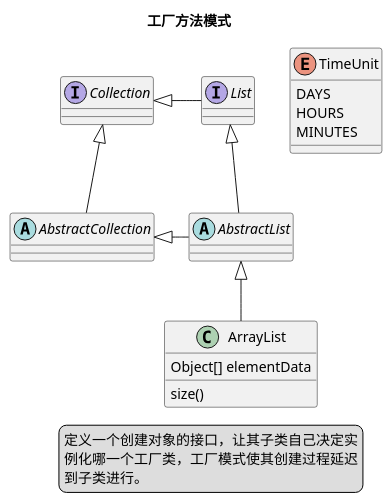
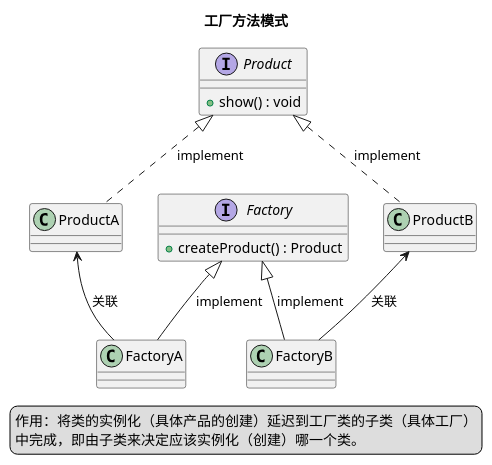
The diagram in study/designpattern/factory_method_model .puml (baojing111/acl), drawn with PlantUML before and after one commit.

Commit message:
工厂方法模式

```diff
--- a/study/designpattern/factory_method_model .puml
+++ b/study/designpattern/factory_method_model .puml
@@ -1,33 +1,32 @@
 @startuml
 title 工厂方法模式
 
 legend right
-定义一个创建对象的接口，让其子类自己决定实
-例化哪一个工厂类，工厂模式使其创建过程延迟
-到子类进行。
+作用：将类的实例化（具体产品的创建）延迟到工厂类的子类（具体工厂）
+中完成，即由子类来决定应该实例化（创建）哪一个类。
 end legend
 
-abstract class AbstractList
-abstract AbstractCollection
-interface List
-interface Collection
+interface Product{
+    +show() : void
+}
+class ProductA
+class ProductB
 
-List <|-- AbstractList
-Collection <|-- AbstractCollection
+Product <|.. ProductA : implement
+Product <|.. ProductB : implement
 
-Collection <|- List
-AbstractCollection <|- AbstractList
-AbstractList <|-- ArrayList
+interface Factory{
+    +createProduct() : Product
+}
+class FactoryA
+class FactoryB
 
-class ArrayList {
-Object[] elementData
-size()
-}
+Factory <|-- FactoryA : implement
+Factory <|-- FactoryB : implement
 
-enum TimeUnit {
-DAYS
-HOURS
-MINUTES
-}
+ProductA <-- FactoryA : 关联
+ProductB <-- FactoryB : 关联
+
+
 
 @enduml
```
